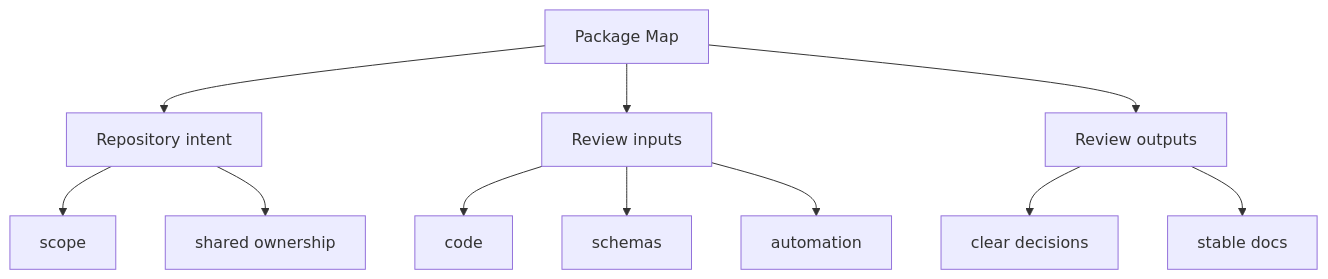
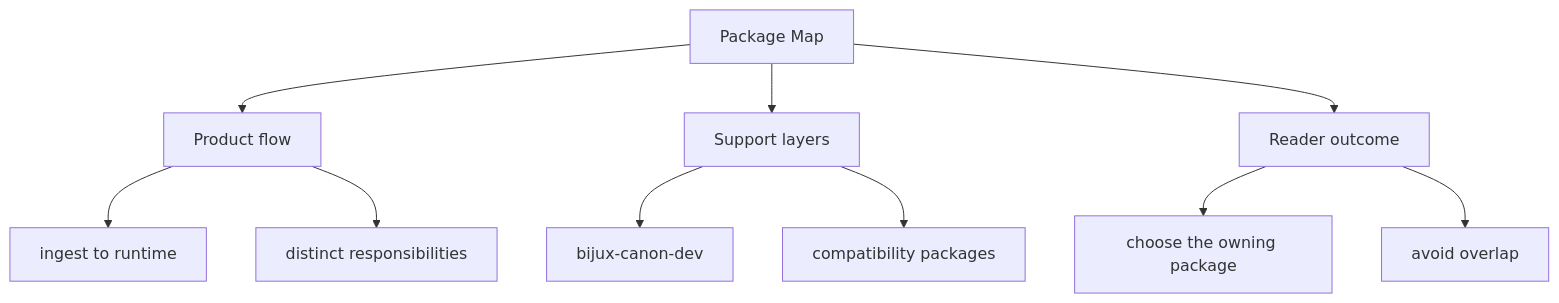
Before and after one commit to bijux/bijux-canon: the second of 2 diagrams in docs/bijux-canon/package-map.md, drawn with Mermaid. The commit also changed other lines of this file and 11 other files, not shown here.

Commit message:
docs(diagrams): clarify root handbook maps

````diff
--- a/docs/bijux-canon/package-map.md
+++ b/docs/bijux-canon/package-map.md
@@ -50,24 +50,22 @@
 ```mermaid
 flowchart TD
     page["Package Map"]
-    focus1["Repository intent"]
+    focus1["Product flow"]
     page --> focus1
-    focus1_1["scope"]
+    focus1_1["ingest to runtime"]
     focus1 --> focus1_1
-    focus1_2["shared ownership"]
+    focus1_2["distinct responsibilities"]
     focus1 --> focus1_2
-    focus2["Review inputs"]
+    focus2["Support layers"]
     page --> focus2
-    focus2_1["code"]
+    focus2_1["bijux-canon-dev"]
     focus2 --> focus2_1
-    focus2_2["schemas"]
+    focus2_2["compatibility packages"]
     focus2 --> focus2_2
-    focus2_3["automation"]
-    focus2 --> focus2_3
-    focus3["Review outputs"]
+    focus3["Reader outcome"]
     page --> focus3
-    focus3_1["clear decisions"]
+    focus3_1["choose the owning package"]
     focus3 --> focus3_1
-    focus3_2["stable docs"]
+    focus3_2["avoid overlap"]
     focus3 --> focus3_2
 ```
````
